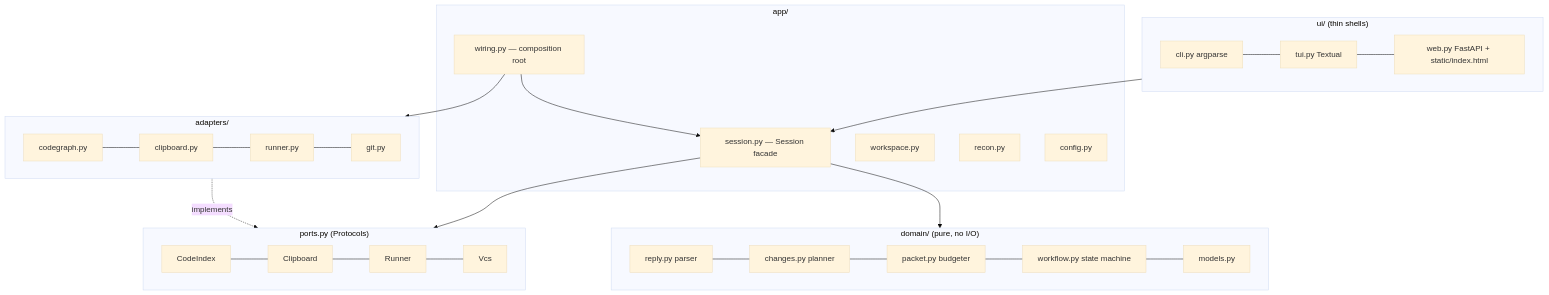
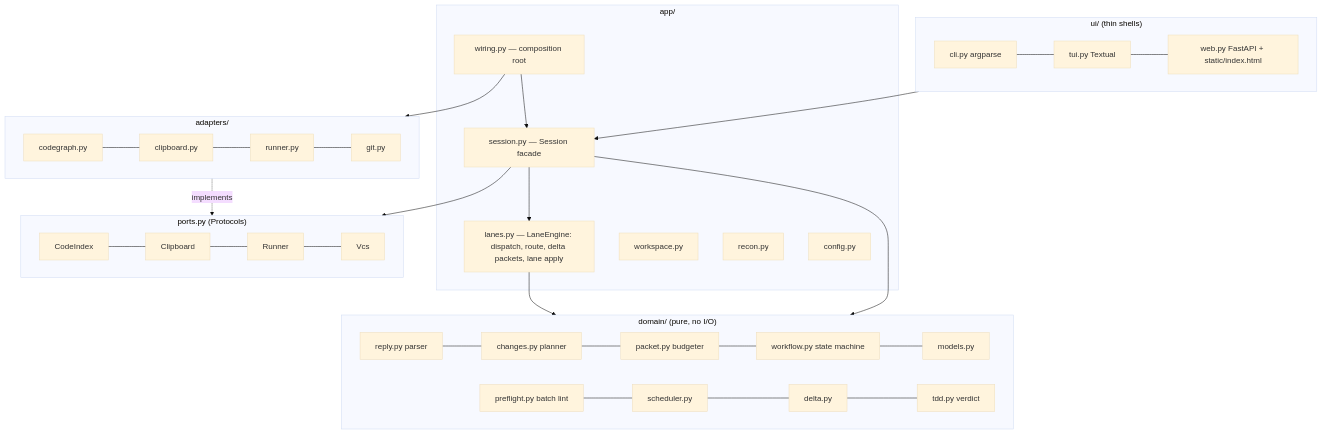
Before and after one commit to nycnighthawk/chat-op-devkit: the first of 5 diagrams in docs/ARCHITECTURE.md, drawn with Mermaid (base theme). The commit also changed other lines of this file and 58 other files, not shown here.

First line of the commit message:
Parallel relay: lane engine, batch preflight, delta packets, mock UI

````diff
--- a/docs/ARCHITECTURE.md
+++ b/docs/ARCHITECTURE.md
@@ -5,28 +5,32 @@
 ```mermaid
 flowchart TB
   subgraph UI["ui/ (thin shells)"]
     CLI[cli.py argparse] --- TUI[tui.py Textual] --- WEB[web.py FastAPI + static/index.html]
   end
   subgraph APP["app/"]
     S[session.py — Session facade]:::core
+    LN[lanes.py — LaneEngine: dispatch, route, delta packets, lane apply]:::core
     W[workspace.py]:::core
     R[recon.py]:::core
     C[config.py]:::core
     WI[wiring.py — composition root]
   end
   subgraph DOM["domain/ (pure, no I/O)"]
     RP[reply.py parser] --- CH[changes.py planner] --- PK[packet.py budgeter] --- WF[workflow.py state machine] --- M[models.py]
+    PF[preflight.py batch lint] --- SC[scheduler.py] --- DL[delta.py] --- TD[tdd.py verdict]
   end
   subgraph PORTS["ports.py (Protocols)"]
     CI[CodeIndex] --- CB[Clipboard] --- RN[Runner] --- V[Vcs]
   end
   subgraph AD["adapters/"]
     CG[codegraph.py] --- CL[clipboard.py] --- SR[runner.py] --- G[git.py]
   end
   UI --> S
+  S --> LN
+  LN --> DOM
   S --> DOM
   S --> PORTS
   AD -. implements .-> PORTS
   WI --> AD
   WI --> S
 ```
````
